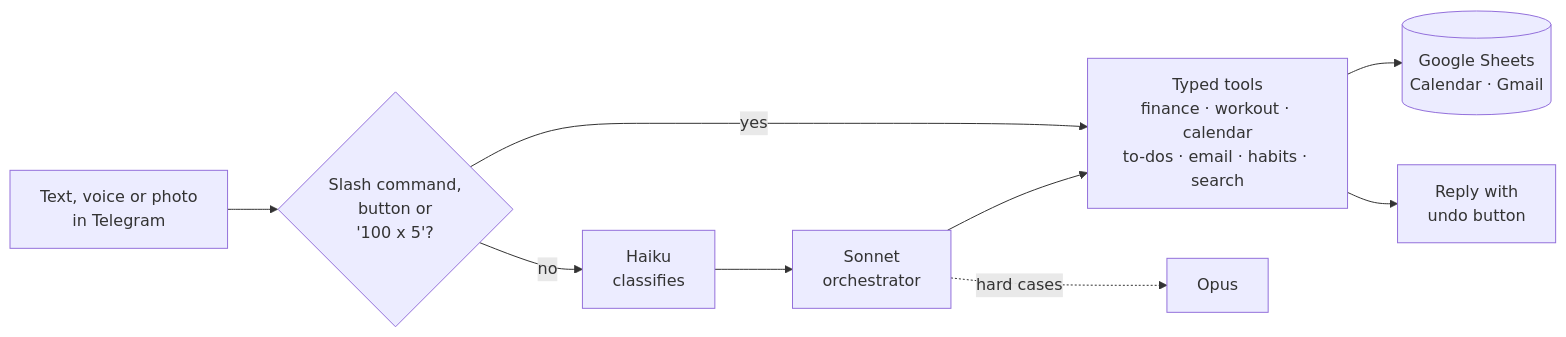
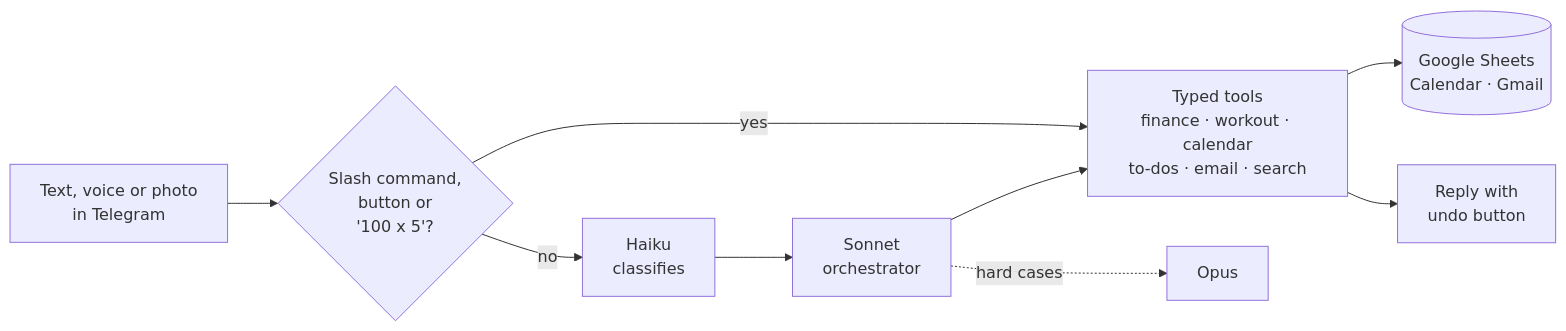
Before and after one commit to evanyap7/telegram-personal-assistant: the diagram in README.md, drawn with Mermaid. The commit also changed other lines of this file and 15 other files, not shown here.

````diff
--- a/README.md
+++ b/README.md
@@ -7,10 +7,10 @@
 ```mermaid
 flowchart LR
     U["Text, voice or photo<br/>in Telegram"] --> F{"Slash command,<br/>button or<br/>'100 x 5'?"}
     F -- yes --> T
     F -- no --> H["Haiku<br/>classifies"] --> O["Sonnet<br/>orchestrator"]
     O -. hard cases .-> X["Opus"]
-    O --> T["Typed tools<br/>finance · workout · calendar<br/>to-dos · email · habits · search"]
+    O --> T["Typed tools<br/>finance · workout · calendar<br/>to-dos · email · search"]
     T --> G[("Google Sheets<br/>Calendar · Gmail")]
     T --> R["Reply with<br/>undo button"]
 ```
````
